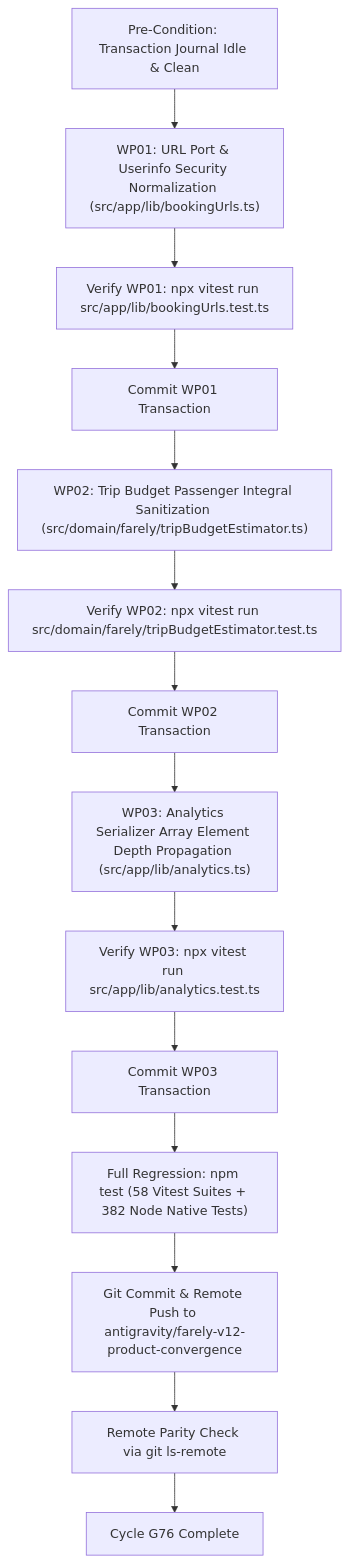
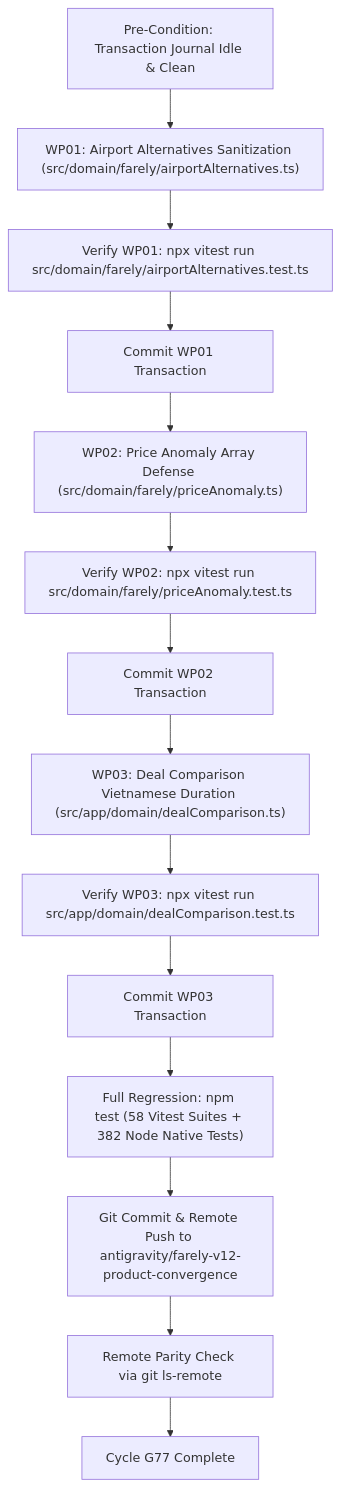
Before and after one commit to manhtx/Sanvemaybay: the diagram in docs/convergence/g11/G4_FULL_MASTER_GOAL.md, drawn with Mermaid. The commit also changed other lines of this file and 20 other files, not shown here.

Commit message:
feat(convergence): cycle G77 - airport alternatives input sanitization, price anomaly array defense, deal comparison vietnamese duration

````diff
--- a/docs/convergence/g11/G4_FULL_MASTER_GOAL.md
+++ b/docs/convergence/g11/G4_FULL_MASTER_GOAL.md
@@ -118,19 +118,19 @@
 ```mermaid
 flowchart TD
-  PRE["Pre-Condition: Transaction Journal Idle & Clean"] --> WP01["WP01: URL Port & Userinfo Security Normalization (src/app/lib/bookingUrls.ts)"]
-  WP01 --> V01["Verify WP01: npx vitest run src/app/lib/bookingUrls.test.ts"]
+  PRE["Pre-Condition: Transaction Journal Idle & Clean"] --> WP01["WP01: Airport Alternatives Sanitization (src/domain/farely/airportAlternatives.ts)"]
+  WP01 --> V01["Verify WP01: npx vitest run src/domain/farely/airportAlternatives.test.ts"]
   V01 --> C01["Commit WP01 Transaction"]
   
-  C01 --> WP02["WP02: Trip Budget Passenger Integral Sanitization (src/domain/farely/tripBudgetEstimator.ts)"]
-  WP02 --> V02["Verify WP02: npx vitest run src/domain/farely/tripBudgetEstimator.test.ts"]
+  C01 --> WP02["WP02: Price Anomaly Array Defense (src/domain/farely/priceAnomaly.ts)"]
+  WP02 --> V02["Verify WP02: npx vitest run src/domain/farely/priceAnomaly.test.ts"]
   V02 --> C02["Commit WP02 Transaction"]
   
-  C02 --> WP03["WP03: Analytics Serializer Array Element Depth Propagation (src/app/lib/analytics.ts)"]
-  WP03 --> V03["Verify WP03: npx vitest run src/app/lib/analytics.test.ts"]
+  C02 --> WP03["WP03: Deal Comparison Vietnamese Duration (src/app/domain/dealComparison.ts)"]
+  WP03 --> V03["Verify WP03: npx vitest run src/app/domain/dealComparison.test.ts"]
   V03 --> C03["Commit WP03 Transaction"]
   
   C03 --> FULL_REG["Full Regression: npm test (58 Vitest Suites + 382 Node Native Tests)"]
   FULL_REG --> GIT_PUSH["Git Commit & Remote Push to antigravity/farely-v12-product-convergence"]
   GIT_PUSH --> PARITY["Remote Parity Check via git ls-remote"]
-  PARITY --> DONE["Cycle G76 Complete"]
+  PARITY --> DONE["Cycle G77 Complete"]
 ```
````
